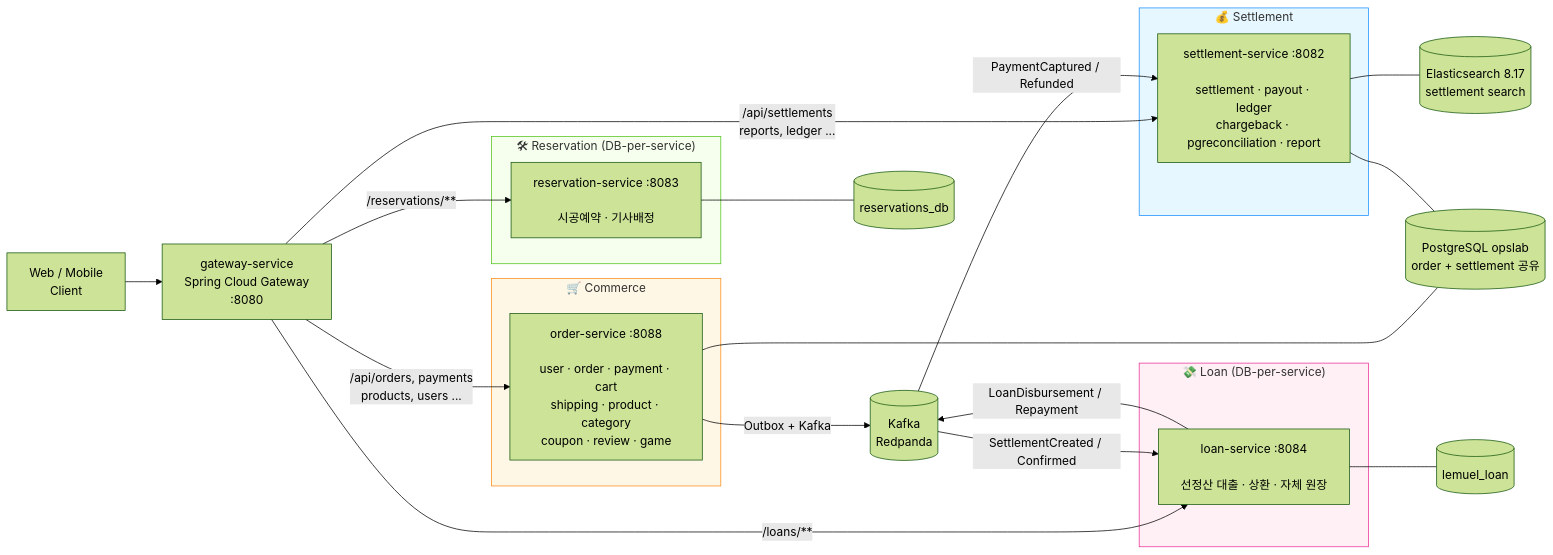
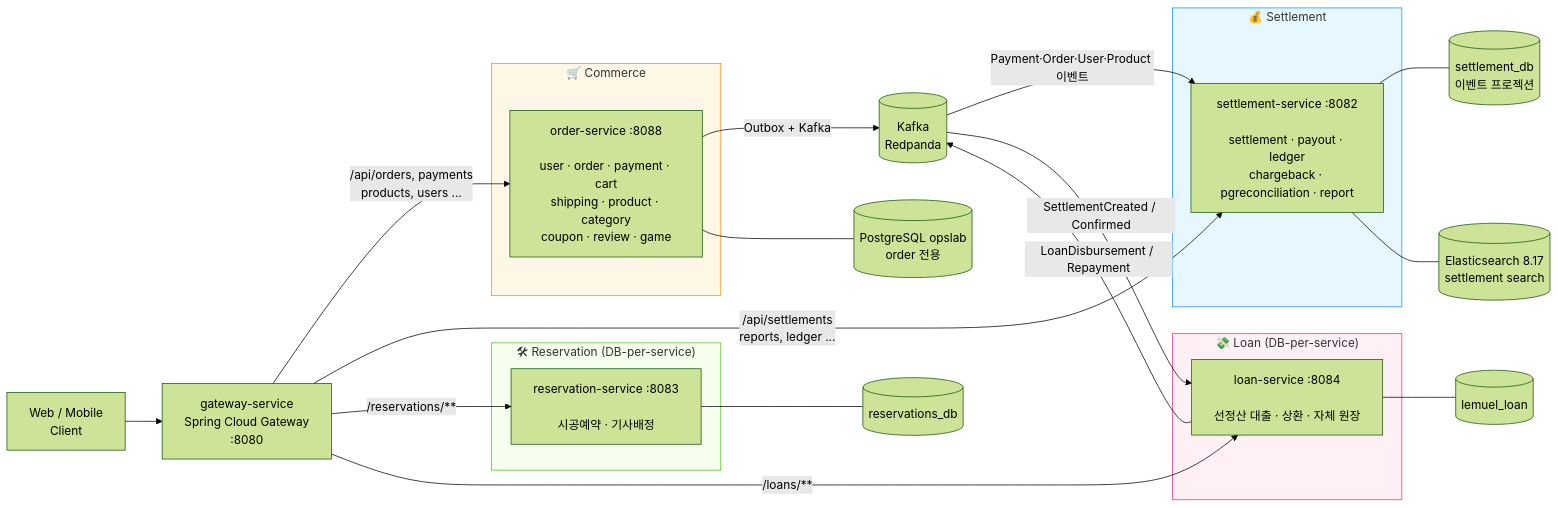
Before and after one commit to MyoungSoo7/settlement: the diagram in README.md, drawn with Mermaid (forest theme). The commit also changed other lines of this file and 1 other file, not shown here.

````diff
--- a/README.md
+++ b/README.md
@@ -33,39 +28,39 @@
 ```mermaid
 flowchart LR
     Client["Web / Mobile<br/>Client"] --> GW
     GW["gateway-service<br/>Spring Cloud Gateway<br/>:8080"]
 
     GW -->|/api/orders, payments<br/>products, users ...| OS
     GW -->|/api/settlements<br/>reports, ledger ...| SS
     GW -->|/reservations/**| RS
     GW -->|/loans/**| LS
 
     subgraph commerce["🛒 Commerce"]
         OS["order-service :8088<br/><br/>user · order · payment · cart<br/>shipping · product · category<br/>coupon · review · game"]
     end
     subgraph settlement["💰 Settlement"]
         SS["settlement-service :8082<br/><br/>settlement · payout · ledger<br/>chargeback · pgreconciliation · report"]
     end
     subgraph reservation["🛠 Reservation (DB-per-service)"]
         RS["reservation-service :8083<br/><br/>시공예약 · 기사배정"]
     end
     subgraph loan["💸 Loan (DB-per-service)"]
         LS["loan-service :8084<br/><br/>선정산 대출 · 상환 · 자체 원장"]
     end
 
     OS -->|Outbox + Kafka| K[(Kafka<br/>Redpanda)]
-    K -->|PaymentCaptured / Refunded| SS
+    K -->|Payment·Order·User·Product 이벤트| SS
     K -->|SettlementCreated / Confirmed| LS
     LS -->|LoanDisbursement / Repayment| K
 
-    OS --- PG[(PostgreSQL opslab<br/>order + settlement 공유)]
-    SS --- PG
+    OS --- PG[(PostgreSQL opslab<br/>order 전용)]
+    SS --- SDB[(settlement_db<br/>이벤트 프로젝션)]
     RS --- RDB[(reservations_db)]
     LS --- LDB[(lemuel_loan)]
     SS --- ES[(Elasticsearch 8.17<br/>settlement search)]
 
     style commerce fill:#fff7e6,stroke:#fa8c16
     style settlement fill:#e6f7ff,stroke:#1890ff
     style reservation fill:#f6ffed,stroke:#52c41a
     style loan fill:#fff0f6,stroke:#eb2f96
 ```
````
